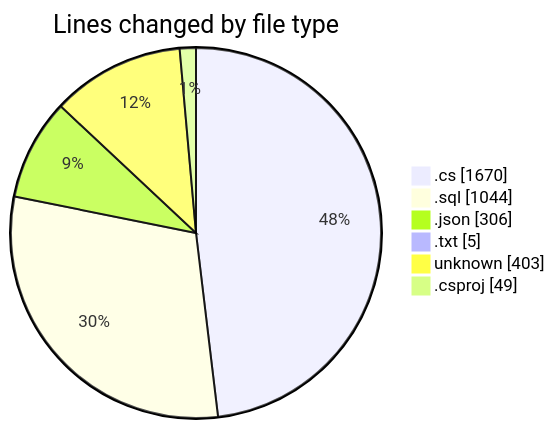
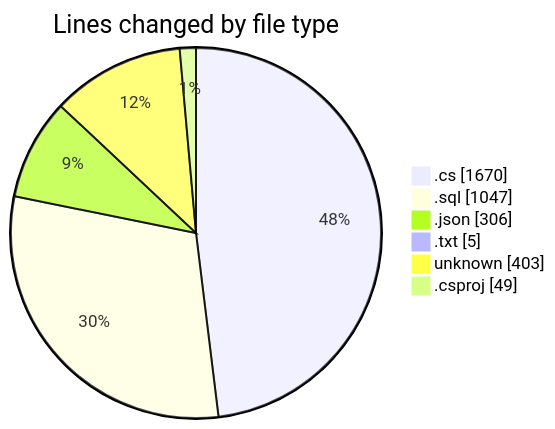
One commit to Netris89/code-tracking changed the first of 2 diagrams in 2025-04-04/back-end/README.md. Above: the diagram before and after it, drawn with Mermaid. The commit also changed other lines of this file and 1 other file, not shown here.

````diff
--- a/2025-04-04/back-end/README.md
+++ b/2025-04-04/back-end/README.md
@@ -34,10 +34,10 @@
 ```mermaid
 pie showData
 title Lines changed by file type
 ".cs" : 1670
-".sql" : 1044
+".sql" : 1047
 ".json" : 306
 ".txt" : 5
 "unknown" : 403
 ".csproj" : 49
 ```
````
